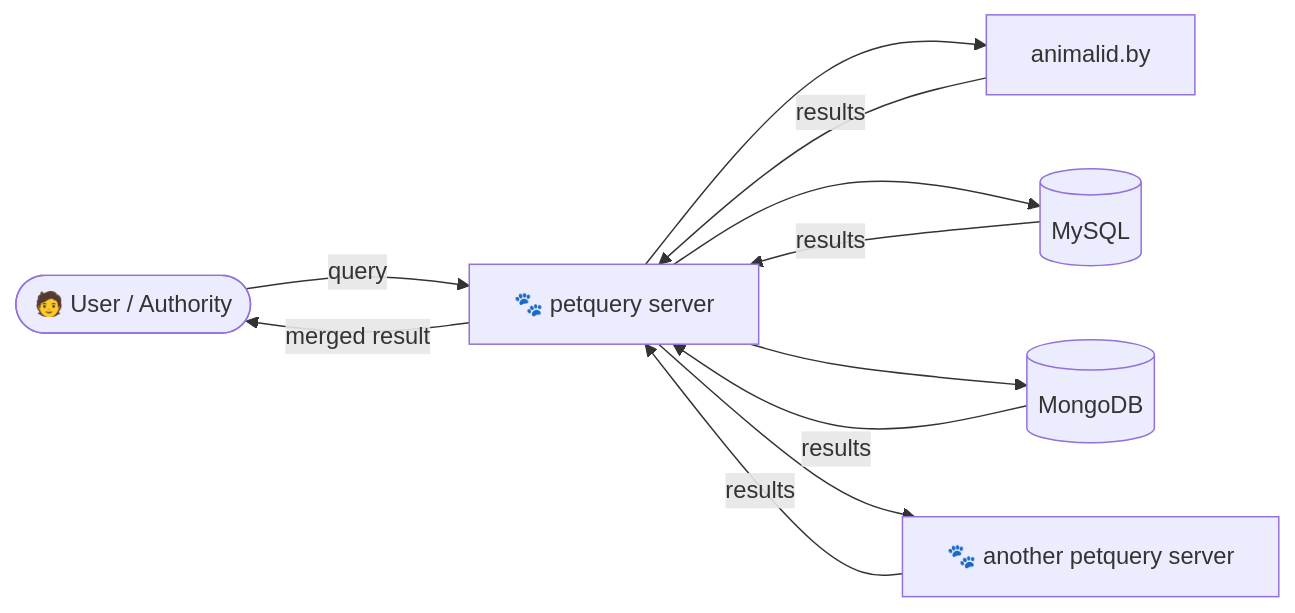
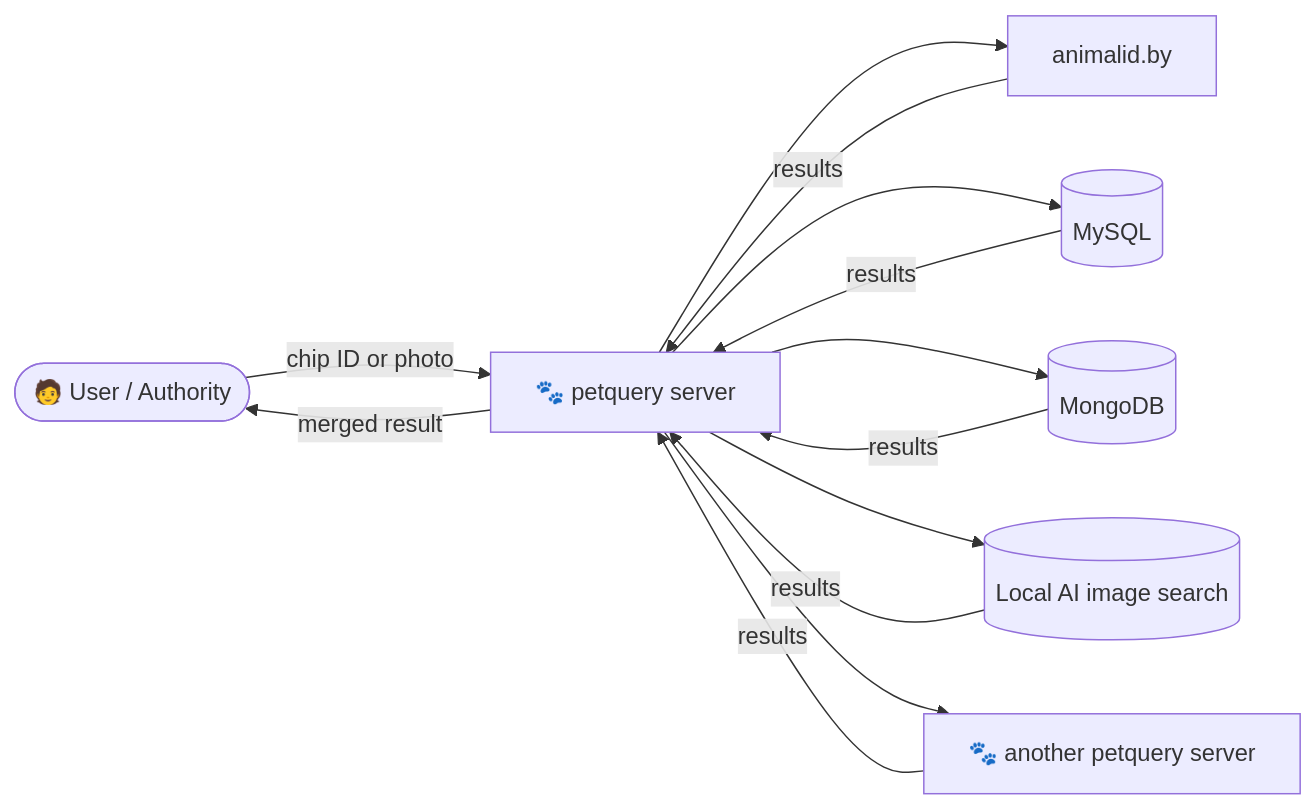
One commit to ykat-UG-haftungsbeschrankt/petquery changed the diagram in README.md. Above: the diagram before and after it, drawn with Mermaid. The commit also changed other lines of this file and 20 other files, not shown here.

````diff
--- a/README.md
+++ b/README.md
@@ -50,10 +51,11 @@
 ```mermaid
 flowchart LR
-    U([🧑 User / Authority]) -->|query| S[🐾 petquery server]
+    U([🧑 User / Authority]) -->|chip ID or photo| S[🐾 petquery server]
     S --> A[animalid.by]
     S --> M[(MySQL)]
     S --> D[(MongoDB)]
+    S --> I[(Local AI image search)]
     S --> P[🐾 another petquery server]
-    A & M & D & P -->|results| S
+    A & M & D & I & P -->|results| S
     S -->|merged result| U
 ```
````
